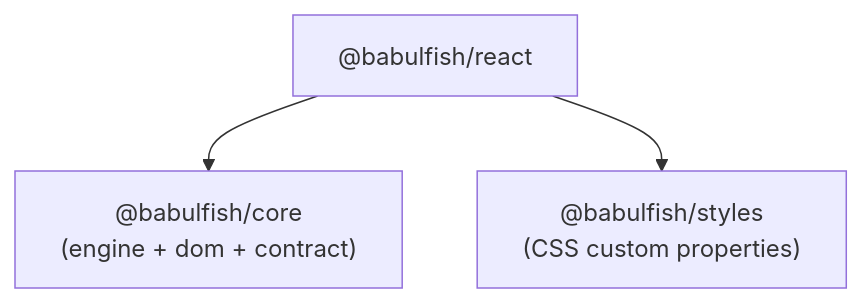
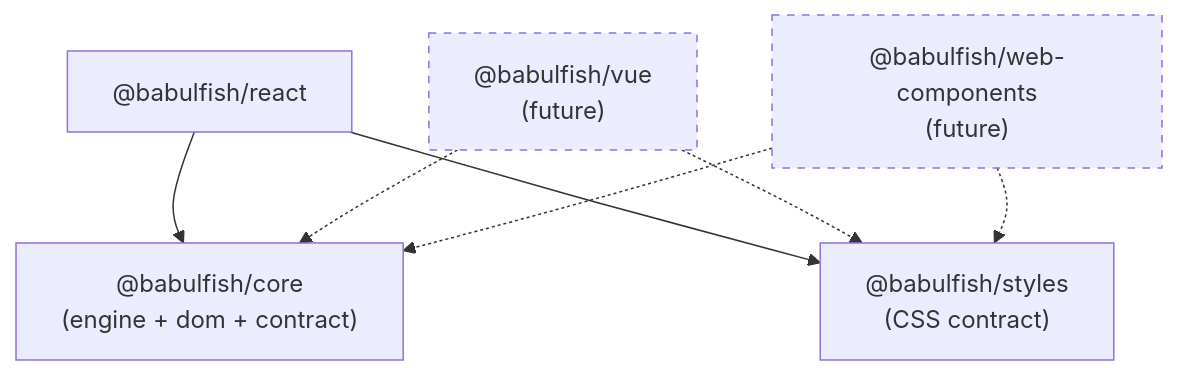
One commit to bigH/babulfish changed the diagram in README.md. Above: the diagram before and after it, drawn with Mermaid. The commit also changed other lines of this file and 4 other files, not shown here.

````diff
--- a/README.md
+++ b/README.md
@@ -57,9 +57,18 @@
 ```mermaid
 graph TD
   REACT["@babulfish/react"]
+  VUE["@babulfish/vue<br/>(future)"]
+  WC["@babulfish/web-components<br/>(future)"]
   CORE["@babulfish/core<br/>(engine + dom + contract)"]
-  STYLES["@babulfish/styles<br/>(CSS custom properties)"]
+  STYLES["@babulfish/styles<br/>(CSS contract)"]
 
   REACT --> CORE
   REACT --> STYLES
+  VUE -.-> CORE
+  WC -.-> CORE
+  VUE -.-> STYLES
+  WC -.-> STYLES
+
+  style VUE stroke-dasharray: 5 5
+  style WC stroke-dasharray: 5 5
 ```
````
